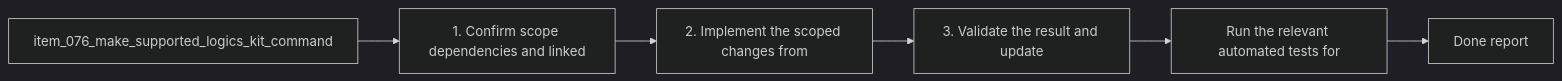
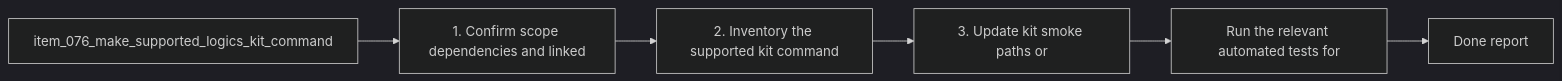
One commit to AlexAgo83/logics-manager changed the diagram in logics/tasks/task_080_make_supported_logics_kit_command_entrypoints_cross_platform.md. Above: the diagram before and after it, drawn with Mermaid (dark theme). The commit also changed other lines of this file and 481 other files, not shown here.

````diff
--- a/logics/tasks/task_080_make_supported_logics_kit_command_entrypoints_cross_platform.md
+++ b/logics/tasks/task_080_make_supported_logics_kit_command_entrypoints_cross_platform.md
@@ -19,10 +20,10 @@
 ```mermaid
 %% logics-kind: task
 %% logics-signature: task|make-supported-logics-kit-command-entryp|item-076-make-supported-logics-kit-comma|1-confirm-scope-dependencies-and-linked|run-the-relevant-automated-tests-for
 flowchart LR
     Backlog[item_076_make_supported_logics_kit_command] --> Step1[1. Confirm scope dependencies and linked]
-    Step1 --> Step2[2. Implement the scoped changes from]
-    Step2 --> Step3[3. Validate the result and update]
+    Step1 --> Step2[2. Inventory the supported kit command]
+    Step2 --> Step3[3. Update kit smoke paths or]
     Step3 --> Validation[Run the relevant automated tests for]
     Validation --> Report[Done report]
 ```
````
